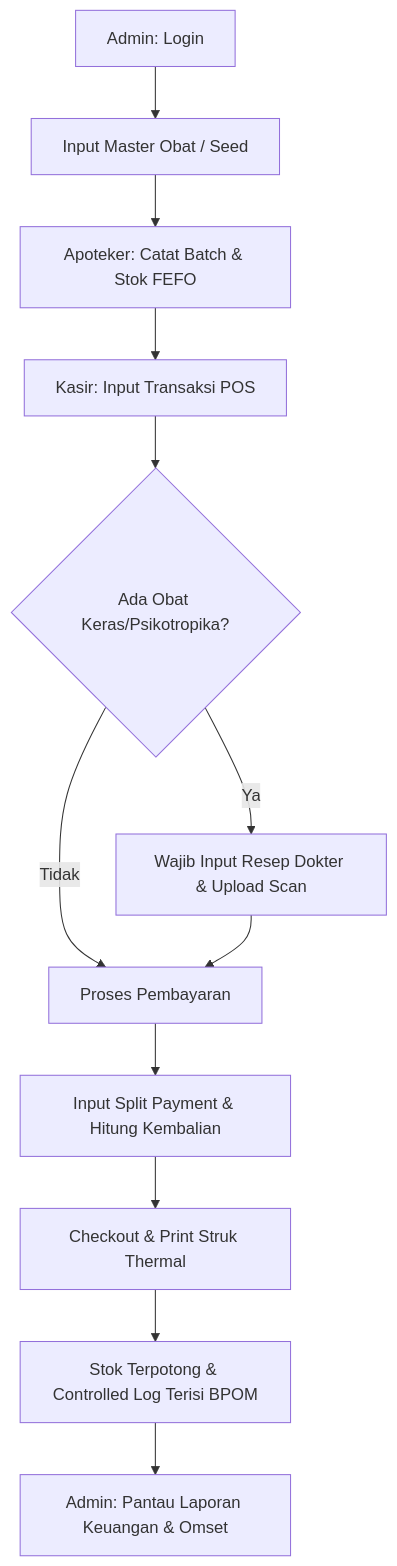
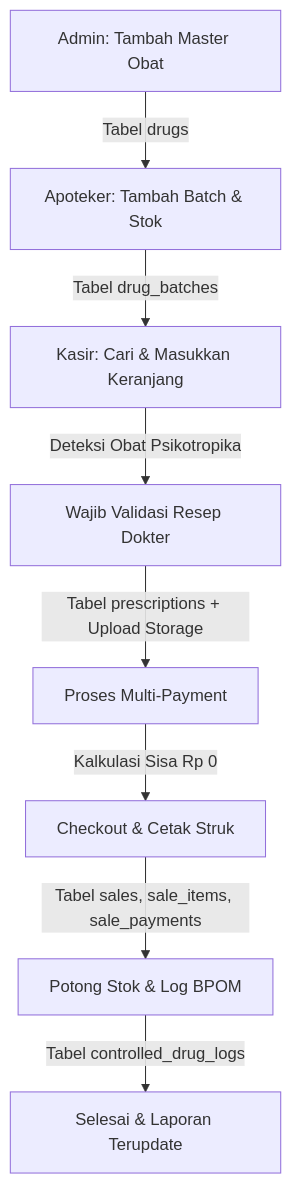
The diagram in USER_FLOW.md (Adewiraa/POS-Apotek), drawn with Mermaid before and after one commit. The commit also changed other lines of this file, not shown here.

Commit message:
docs: expand USER_FLOW.md with detailed step-by-step example inputs and database schemas

````diff
--- a/USER_FLOW.md
+++ b/USER_FLOW.md
@@ -7,14 +7,10 @@
 ```mermaid
 graph TD
-    A[Admin: Login] --> B[Input Master Obat / Seed]
-    B --> C[Apoteker: Catat Batch & Stok FEFO]
-    C --> D[Kasir: Input Transaksi POS]
-    D --> E{Ada Obat Keras/Psikotropika?}
-    E -- Ya --> F[Wajib Input Resep Dokter & Upload Scan]
-    E -- Tidak --> G[Proses Pembayaran]
-    F --> G
-    G --> H[Input Split Payment & Hitung Kembalian]
-    H --> I[Checkout & Print Struk Thermal]
-    I --> J[Stok Terpotong & Controlled Log Terisi BPOM]
-    J --> K[Admin: Pantau Laporan Keuangan & Omset]
+    A[Admin: Tambah Master Obat] -->|Tabel drugs| B[Apoteker: Tambah Batch & Stok]
+    B -->|Tabel drug_batches| C[Kasir: Cari & Masukkan Keranjang]
+    C -->|Deteksi Obat Psikotropika| D[Wajib Validasi Resep Dokter]
+    D -->|Tabel prescriptions + Upload Storage| E[Proses Multi-Payment]
+    E -->|Kalkulasi Sisa Rp 0| F[Checkout & Cetak Struk]
+    F -->|Tabel sales, sale_items, sale_payments| G[Potong Stok & Log BPOM]
+    G -->|Tabel controlled_drug_logs| H[Selesai & Laporan Terupdate]
 ```
````
